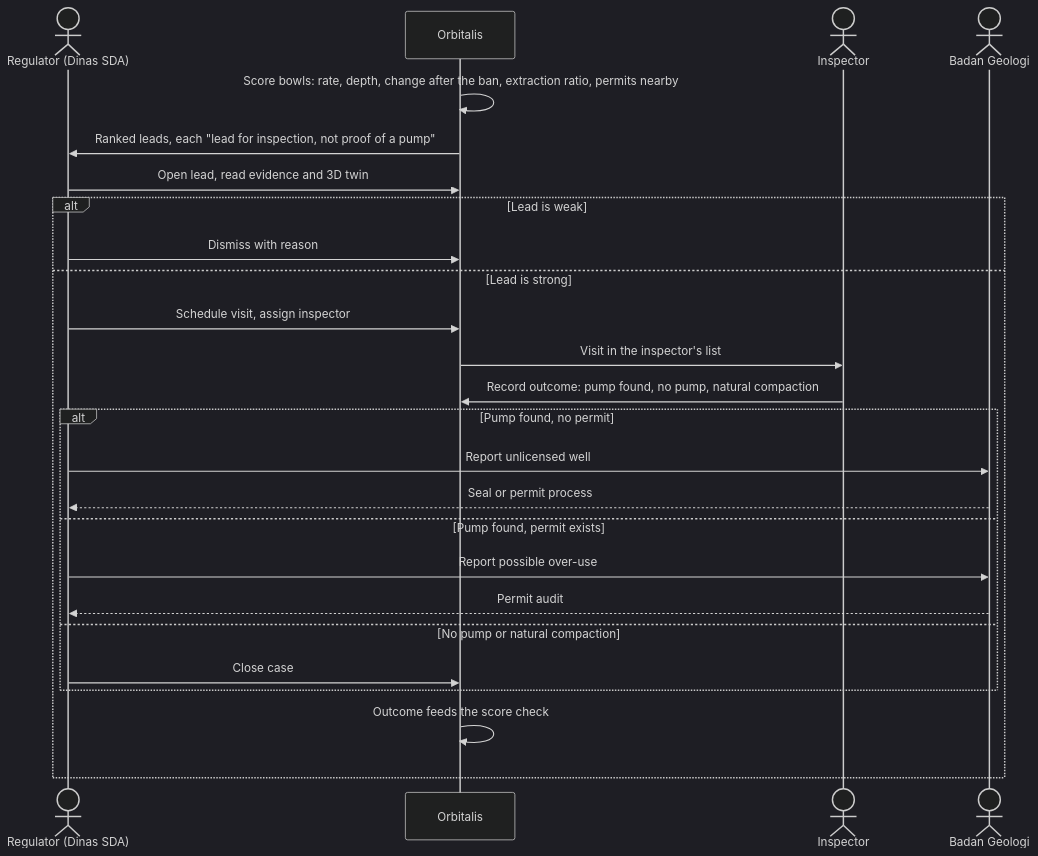
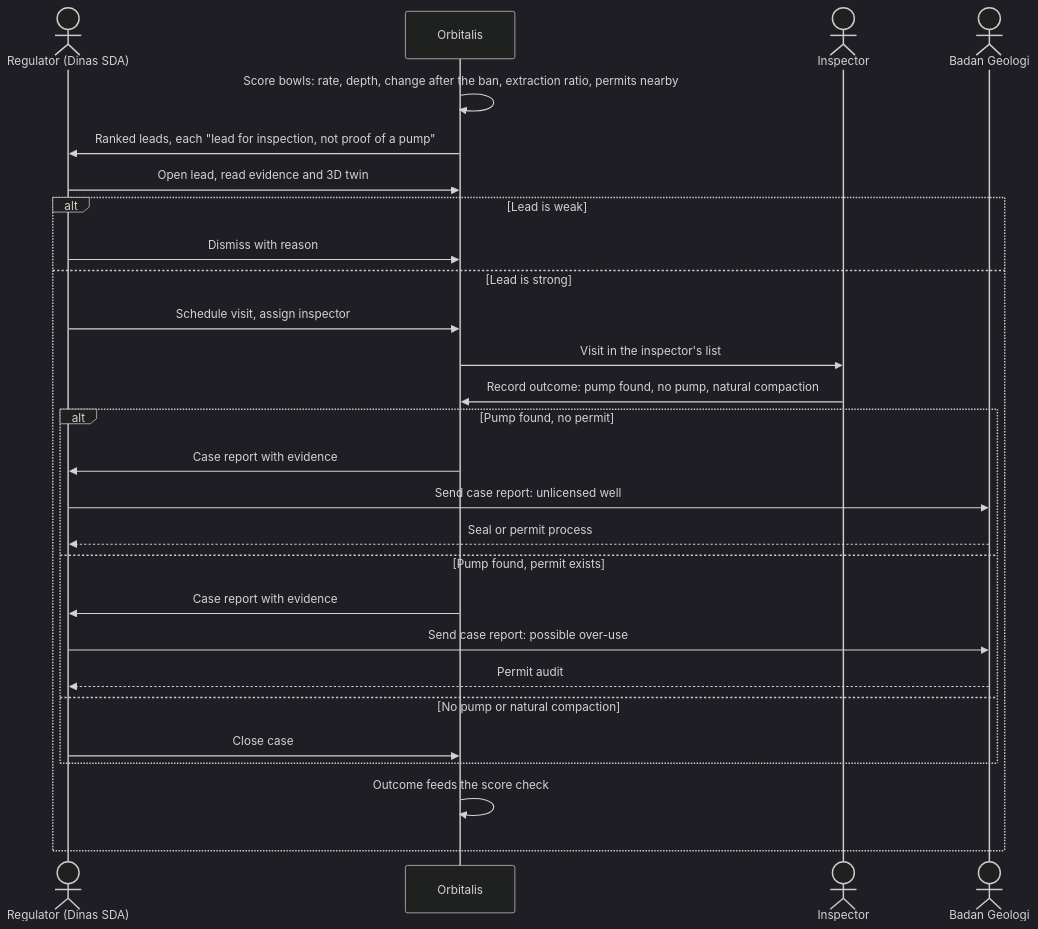
Before and after one commit to halmahera-dev/orbitalis: the third of 8 diagrams in docs/business-flow.md, drawn with Mermaid (dark theme). The commit also changed other lines of this file and 2 other files, not shown here.

Commit message:
docs: add case report, pass digest, and water farming calculator features

````diff
--- a/docs/business-flow.md
+++ b/docs/business-flow.md
@@ -62,28 +63,30 @@
 ```mermaid
 sequenceDiagram
     actor R as Regulator (Dinas SDA)
     participant O as Orbitalis
     actor I as Inspector
     actor B as Badan Geologi
 
     O->>O: Score bowls: rate, depth, change after the ban, extraction ratio, permits nearby
     O->>R: Ranked leads, each "lead for inspection, not proof of a pump"
     R->>O: Open lead, read evidence and 3D twin
     alt Lead is weak
         R->>O: Dismiss with reason
     else Lead is strong
         R->>O: Schedule visit, assign inspector
         O->>I: Visit in the inspector's list
         I->>O: Record outcome: pump found, no pump, natural compaction
         alt Pump found, no permit
-            R->>B: Report unlicensed well
+            O->>R: Case report with evidence
+            R->>B: Send case report: unlicensed well
             B-->>R: Seal or permit process
         else Pump found, permit exists
-            R->>B: Report possible over-use
+            O->>R: Case report with evidence
+            R->>B: Send case report: possible over-use
             B-->>R: Permit audit
         else No pump or natural compaction
             R->>O: Close case
         end
         O->>O: Outcome feeds the score check
     end
 ```
````
